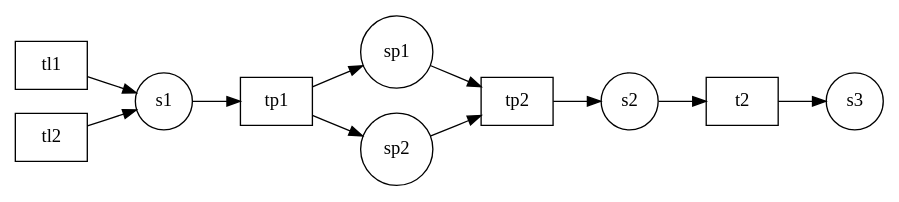
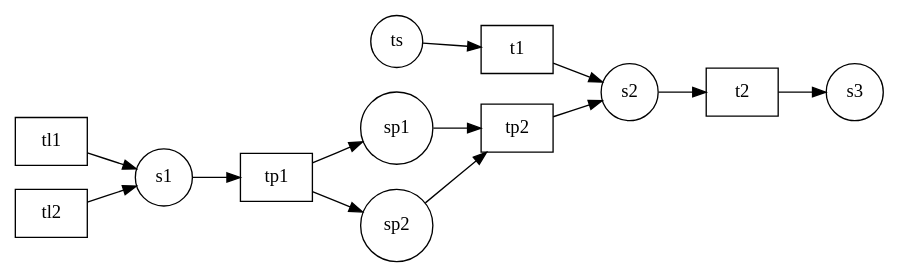
One commit to dnannen/reduction-of-petri-nets changed the diagram in Reduktionsalgorithmen/Ausgabe.gv. Above: the diagram before and after it, drawn with Graphviz. The commit also changed 3 other files, not shown here.

```diff
--- a/Reduktionsalgorithmen/Ausgabe.gv
+++ b/Reduktionsalgorithmen/Ausgabe.gv
@@ -1,24 +1,28 @@
 digraph petrinet{
 node[shape=circle];
 rankdir=LR;
 "s1";
 "sp1";
 "sp2";
 "s2";
 "s3";
+"ts";
 "tl1" [shape=box];
 "tl2" [shape=box];
 "tp1" [shape=box];
 "tp2" [shape=box];
+"t1" [shape=box];
 "t2" [shape=box];
 "s1"->"tp1"
 "sp1"->"tp2"
 "sp2"->"tp2"
 "s2"->"t2"
+"ts"->"t1"
 "tl1"->"s1"
 "tl2"->"s1"
 "tp1"->"sp1"
 "tp1"->"sp2"
 "tp2"->"s2"
+"t1"->"s2"
 "t2"->"s3"
 }
```
